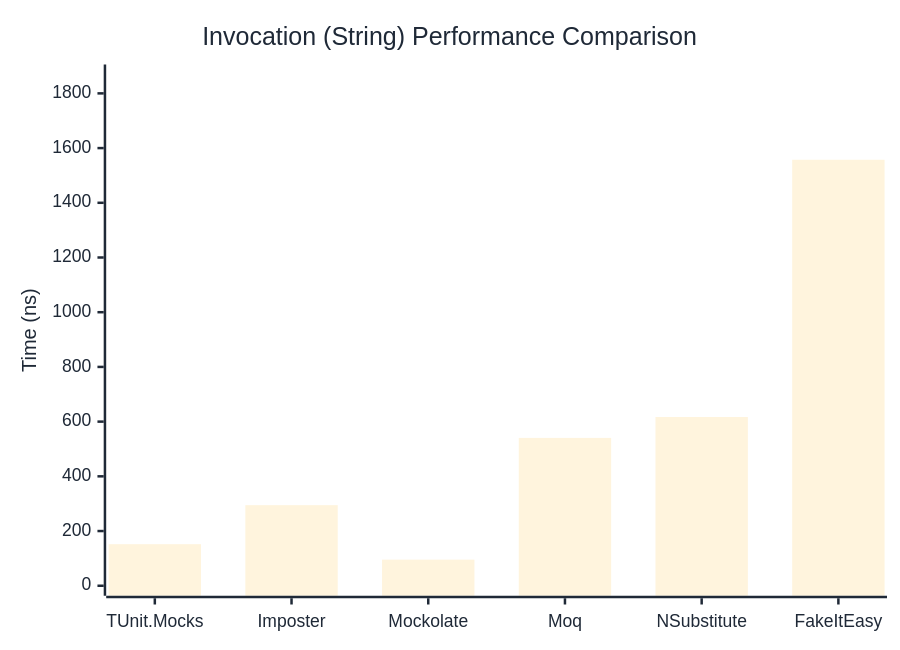
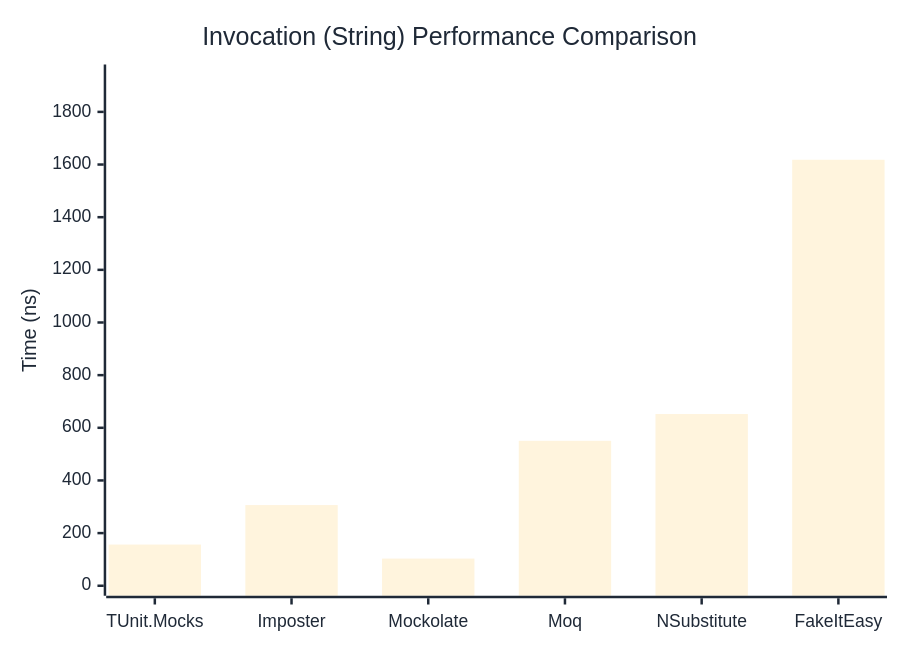
One commit to thomhurst/TUnit changed the second of 3 diagrams in docs/docs/benchmarks/mocks/Invocation.md. Above: the diagram before and after it, drawn with Mermaid. The commit also changed other lines of this file and 14 other files, not shown here.

````diff
--- a/docs/docs/benchmarks/mocks/Invocation.md
+++ b/docs/docs/benchmarks/mocks/Invocation.md
@@ -69,27 +69,27 @@
 ```mermaid
 %%{init: {
   'theme':'base',
   'themeVariables': {
     'primaryColor': '#2563eb',
     'primaryTextColor': '#1f2937',
     'primaryBorderColor': '#1e40af',
     'lineColor': '#6b7280',
     'secondaryColor': '#7c3aed',
     'tertiaryColor': '#dc2626',
     'background': '#ffffff',
     'pie1': '#2563eb',
     'pie2': '#7c3aed',
     'pie3': '#dc2626',
     'pie4': '#f59e0b',
     'pie5': '#10b981',
     'pie6': '#06b6d4',
     'pie7': '#ec4899',
     'pie8': '#6366f1'
   }
 }}%%
 xychart-beta
   title "Invocation (String) Performance Comparison"
   x-axis ["TUnit.Mocks", "Imposter", "Mockolate", "Moq", "NSubstitute", "FakeItEasy"]
-  y-axis "Time (ns)" 0 --> 1869
-  bar [151.9, 294.57, 95.42, 540.5, 616.85, 1557.33]
+  y-axis "Time (ns)" 0 --> 1942
+  bar [156.5, 306.4, 103.2, 550.5, 652.2, 1618.1]
 ```
````
